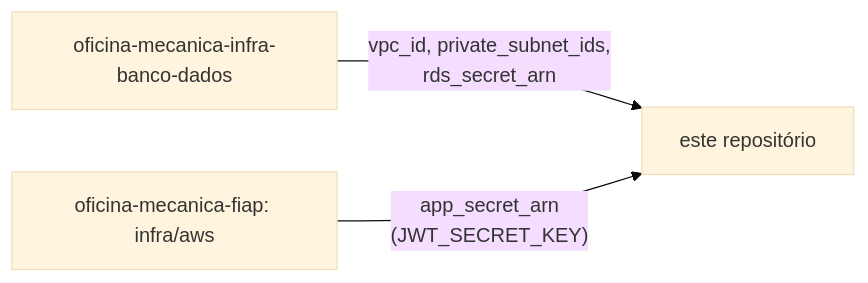
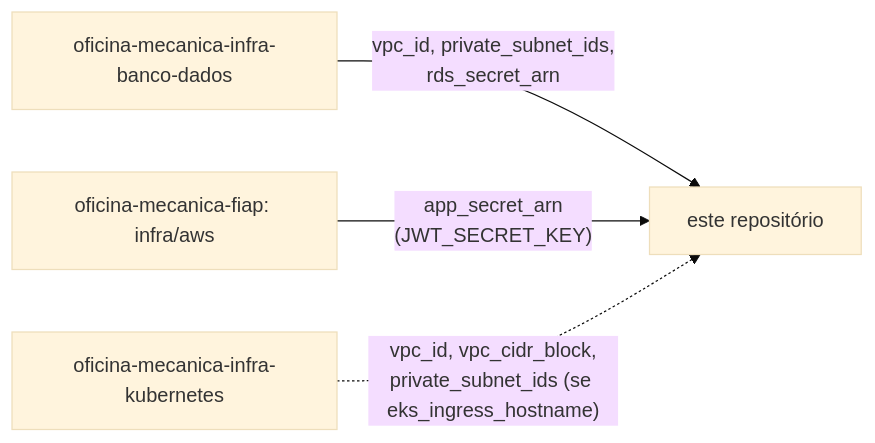
One commit to phantosmia/oficina-mecanica-lambda-auth changed the second of 2 diagrams in README.md. Above: the diagram before and after it, drawn with Mermaid (base theme). The commit also changed other lines of this file and 5 other files, not shown here.

````diff
--- a/README.md
+++ b/README.md
@@ -120,5 +121,6 @@
 ```mermaid
 flowchart LR
     DB["oficina-mecanica-infra-banco-dados"] -- "vpc_id, private_subnet_ids,<br/>rds_secret_arn" --> LAMBDA["este repositório"]
     APP["oficina-mecanica-fiap: infra/aws"] -- "app_secret_arn<br/>(JWT_SECRET_KEY)" --> LAMBDA
+    K8S["oficina-mecanica-infra-kubernetes"] -. "vpc_id, vpc_cidr_block,<br/>private_subnet_ids (se eks_ingress_hostname)" .-> LAMBDA
 ```
````
